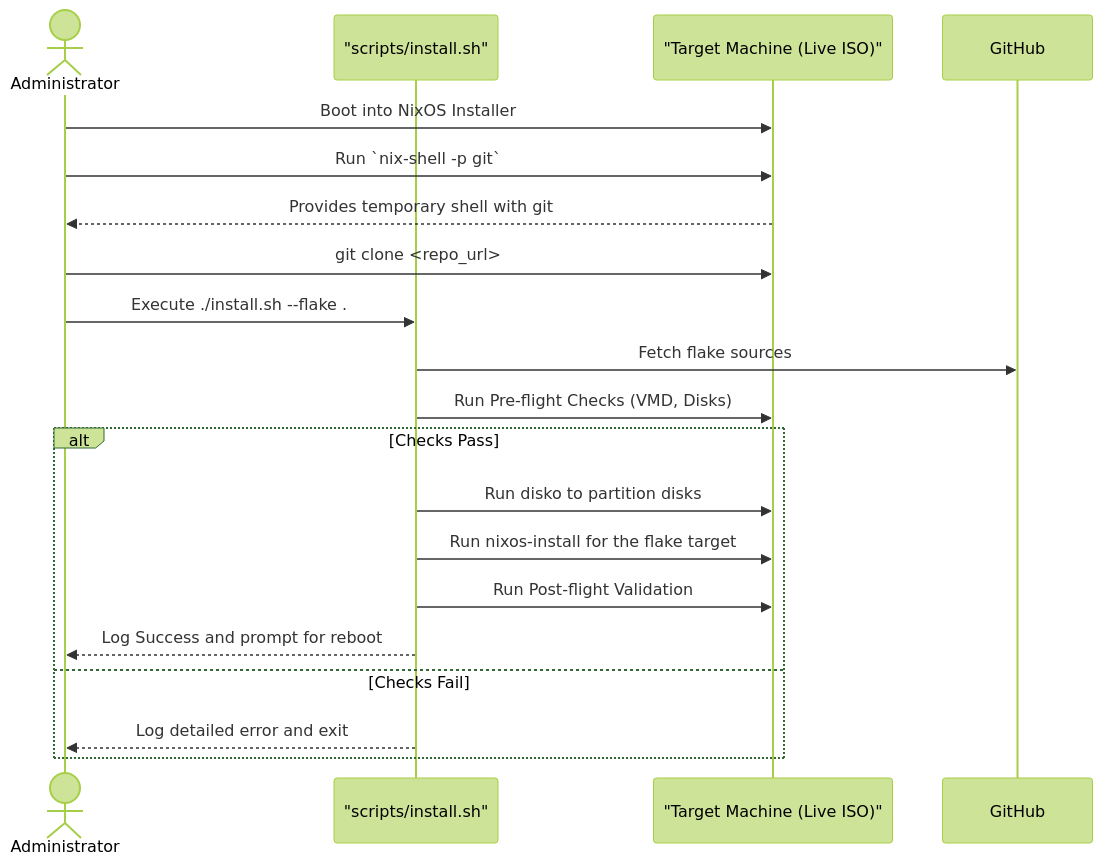
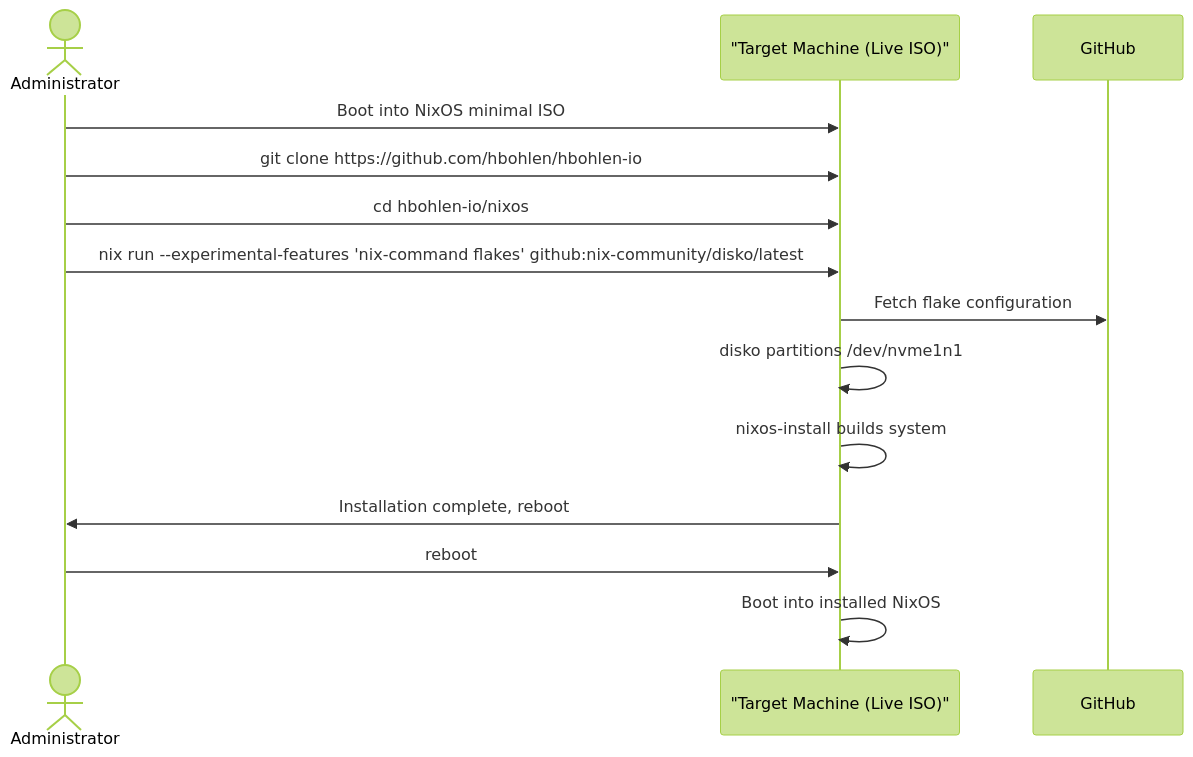
Before and after one commit to hbohlen/hbohlen-io: the first of 3 diagrams in docs/architecture/6-core-workflows.md, drawn with Mermaid (forest theme). The commit also changed other lines of this file and 20 other files, not shown here.

First line of the commit message:
Refactor NixOS architecture documentation and workflows

````diff
--- a/docs/architecture/6-core-workflows.md
+++ b/docs/architecture/6-core-workflows.md
@@ -4,24 +4,18 @@
 ```mermaid
 sequenceDiagram
     actor Administrator
-    participant InstallScript as "scripts/install.sh"
     participant LiveISO as "Target Machine (Live ISO)"
     participant GitHub
 
-    Administrator->>LiveISO: Boot into NixOS Installer
-    Administrator->>LiveISO: Run `nix-shell -p git`
-    LiveISO-->>Administrator: Provides temporary shell with git
-    Administrator->>LiveISO: git clone <repo_url>
-    Administrator->>InstallScript: Execute ./install.sh --flake .#<hostname>
+    Administrator->>LiveISO: Boot into NixOS minimal ISO
+    Administrator->>LiveISO: git clone https://github.com/hbohlen/hbohlen-io
+    Administrator->>LiveISO: cd hbohlen-io/nixos
+    Administrator->>LiveISO: nix run --experimental-features 'nix-command flakes' github:nix-community/disko/latest#disko-install -- --flake .#desktop --disk nvme1n1 /dev/nvme1n1
 
-    InstallScript->>GitHub: Fetch flake sources
-    InstallScript->>LiveISO: Run Pre-flight Checks (VMD, Disks)
-    alt Checks Pass
-        InstallScript->>LiveISO: Run disko to partition disks
-        InstallScript->>LiveISO: Run nixos-install for the flake target
-        InstallScript->>LiveISO: Run Post-flight Validation
-        InstallScript-->>Administrator: Log Success and prompt for reboot
-    else Checks Fail
-        InstallScript-->>Administrator: Log detailed error and exit
-    end
+    LiveISO->>GitHub: Fetch flake configuration
+    LiveISO->>LiveISO: disko partitions /dev/nvme1n1
+    LiveISO->>LiveISO: nixos-install builds system
+    LiveISO->>Administrator: Installation complete, reboot
+    Administrator->>LiveISO: reboot
+    LiveISO->>LiveISO: Boot into installed NixOS
 ```
````
